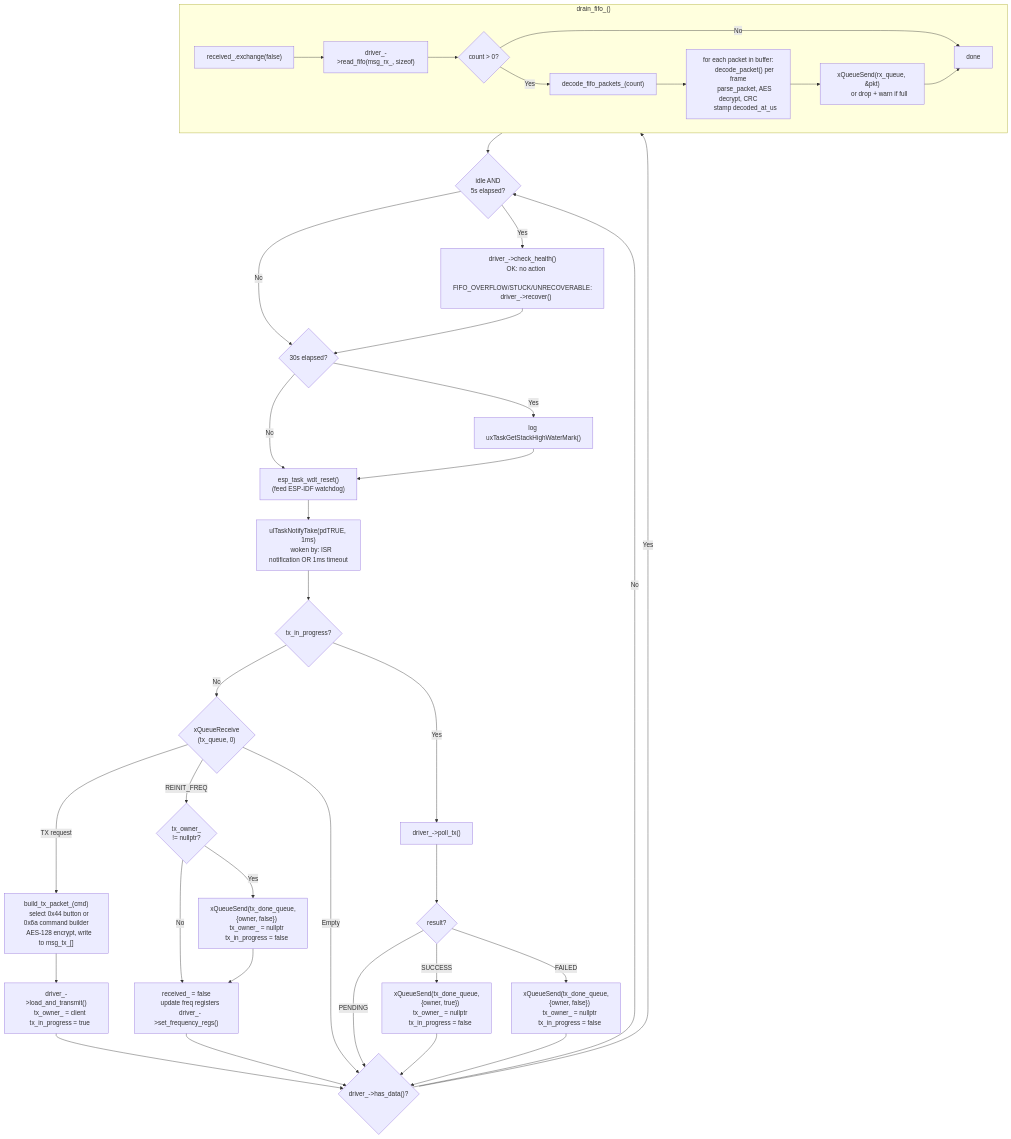
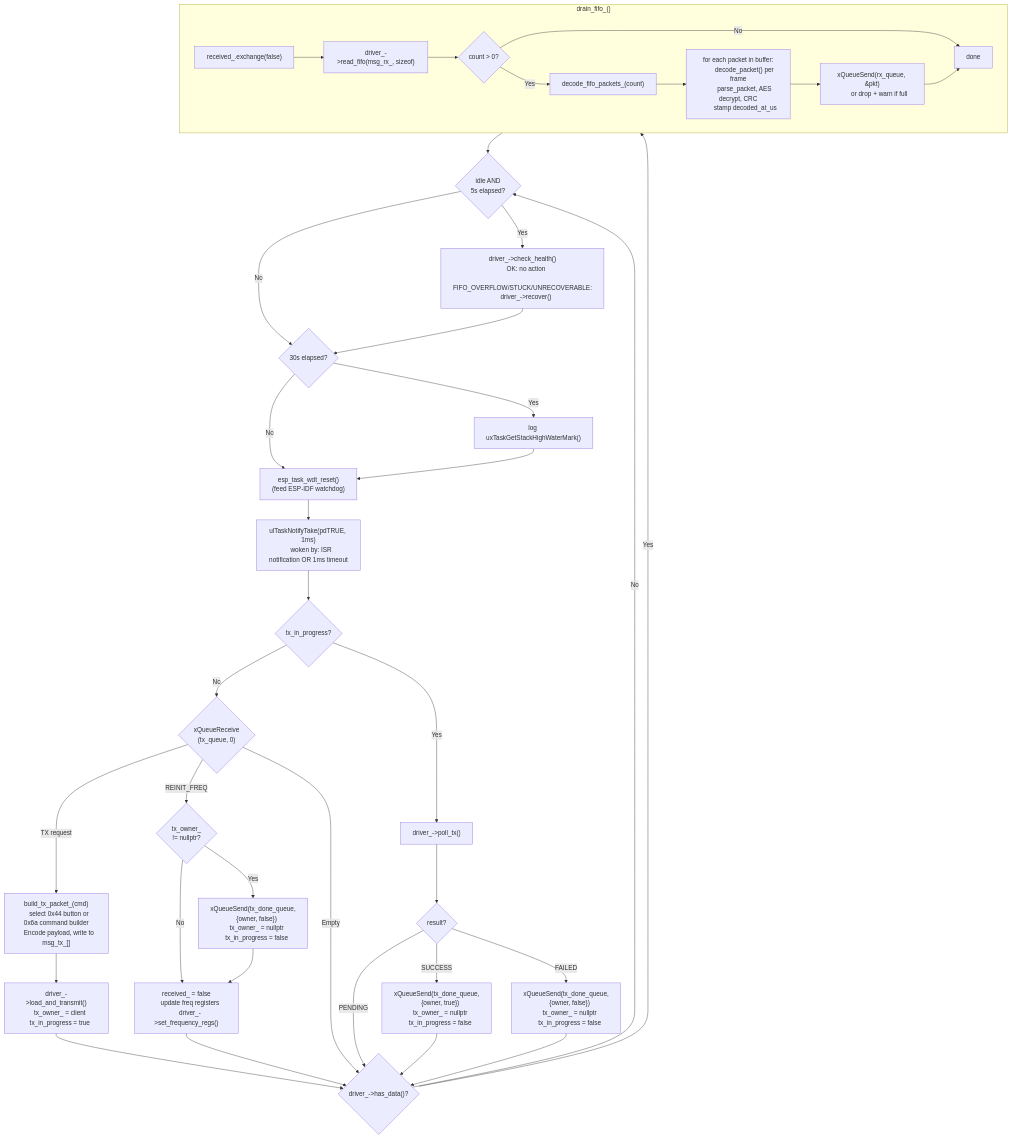
Before and after one commit to manuschillerdev/esphome-elero: the second of 7 diagrams in docs/flows/STATE_MACHINES.md, drawn with Mermaid. The commit also changed other lines of this file and 4 other files, not shown here.

````diff
--- a/docs/flows/STATE_MACHINES.md
+++ b/docs/flows/STATE_MACHINES.md
@@ -132,79 +132,79 @@
 ```mermaid
 flowchart TD
     SLEEP["ulTaskNotifyTake(pdTRUE, 1ms)
     woken by: ISR notification OR 1ms timeout"] --> TX_CHECK{tx_in_progress?}
 
     TX_CHECK -->|No| DEQUEUE{"xQueueReceive
     (tx_queue, 0)"}
     TX_CHECK -->|Yes| POLL_TX
 
     DEQUEUE -->|TX request| BUILD["build_tx_packet_(cmd)
     select 0x44 button or 0x6a command builder
-    AES-128 encrypt, write to msg_tx_[]"]
+    Encode payload, write to msg_tx_[]"]
     BUILD --> START["driver_->load_and_transmit()
     tx_owner_ = client
     tx_in_progress = true"]
     START --> RX_CHECK
 
     DEQUEUE -->|REINIT_FREQ| ABORT_PENDING{"tx_owner_
     != nullptr?"}
     ABORT_PENDING -->|Yes| ABORT_NOTIFY["xQueueSend(tx_done_queue,
     {owner, false})
     tx_owner_ = nullptr
     tx_in_progress = false"]
     ABORT_PENDING -->|No| REINIT_DO
     ABORT_NOTIFY --> REINIT_DO["received_ = false
     update freq registers
     driver_->set_frequency_regs()"]
     REINIT_DO --> RX_CHECK
 
     DEQUEUE -->|Empty| RX_CHECK
 
     POLL_TX["driver_->poll_tx()"] --> TX_RESULT{result?}
     TX_RESULT -->|PENDING| RX_CHECK
     TX_RESULT -->|SUCCESS| TX_DONE_OK["xQueueSend(tx_done_queue,
     {owner, true})
     tx_owner_ = nullptr
     tx_in_progress = false"]
     TX_RESULT -->|FAILED| TX_DONE_FAIL["xQueueSend(tx_done_queue,
     {owner, false})
     tx_owner_ = nullptr
     tx_in_progress = false"]
     TX_DONE_OK --> RX_CHECK
     TX_DONE_FAIL --> RX_CHECK
 
     RX_CHECK{"driver_->has_data()?"} -->|Yes| DRAIN
     RX_CHECK -->|No| HEALTH
 
     subgraph DRAIN ["drain_fifo_()"]
         D1["received_.exchange(false)"]
         D1 --> D2["driver_->read_fifo(msg_rx_, sizeof)"]
         D2 --> D3{count > 0?}
         D3 -->|No| D_END[done]
         D3 -->|Yes| D4["decode_fifo_packets_(count)"]
         D4 --> D5["for each packet in buffer:
         decode_packet() per frame
         parse_packet, AES decrypt, CRC
         stamp decoded_at_us"]
         D5 --> D6["xQueueSend(rx_queue, &pkt)
         or drop + warn if full"]
         D6 --> D_END
     end
 
     DRAIN --> HEALTH
 
     HEALTH{"idle AND
     5s elapsed?"} -->|Yes| HCHECK["driver_->check_health()
     OK: no action
     FIFO_OVERFLOW/STUCK/UNRECOVERABLE:
     driver_->recover()"]
     HEALTH -->|No| STACK_CHECK
     HCHECK --> STACK_CHECK
 
     STACK_CHECK{"30s elapsed?"} -->|Yes| HWM["log uxTaskGetStackHighWaterMark()"]
     STACK_CHECK -->|No| WDT
     HWM --> WDT
 
     WDT["esp_task_wdt_reset()
     (feed ESP-IDF watchdog)"] --> SLEEP
 ```
````
